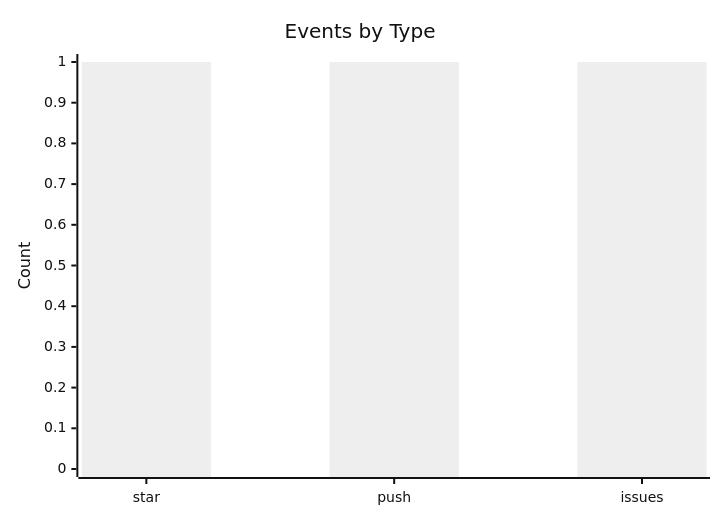
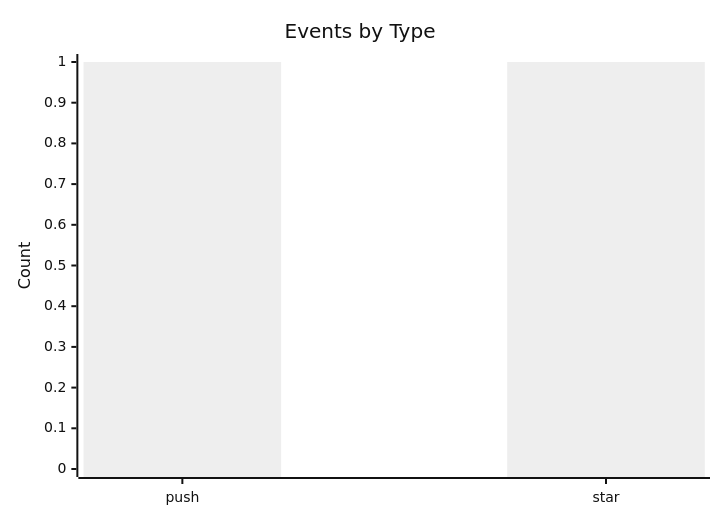
One commit to lunarshe11/lunarshe11 changed the third of 3 diagrams in README.md. Above: the diagram before and after it, drawn with Mermaid (neutral theme). The commit also changed other lines of this file, not shown here.

````diff
--- a/README.md
+++ b/README.md
@@ -37,7 +36,7 @@
 ```mermaid
 xychart-beta
     title "Events by Type"
-    x-axis ["star", "push", "issues"]
+    x-axis ["push", "star"]
     y-axis "Count" 0 --> 1
-    bar [1, 1, 1]
+    bar [1, 1]
 ```
````
